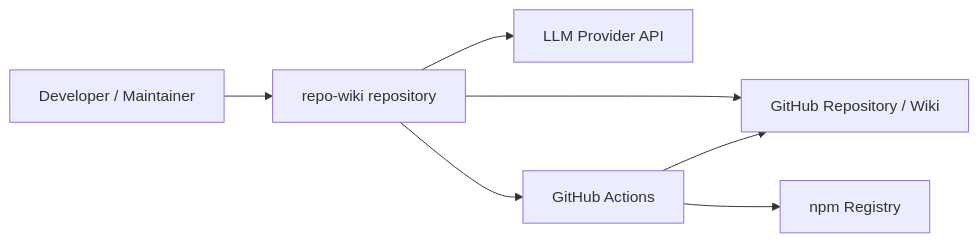
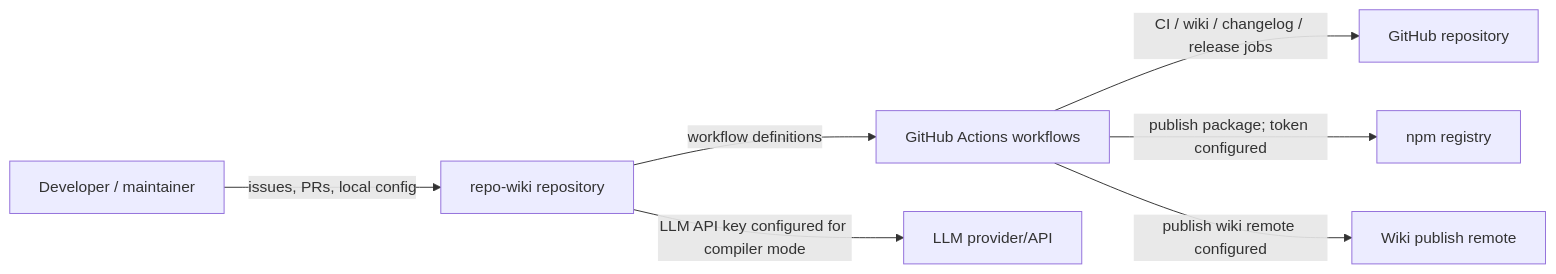
Before and after one commit to mfittko/repo-wiki: the first of 3 diagrams in Architecture.md, drawn with Mermaid. The commit also changed other lines of this file and 46 other files, not shown here.

Commit message:
Compile repository wiki 2026-06-13T09:49:49.146Z

````diff
--- a/Architecture.md
+++ b/Architecture.md
@@ -40,16 +60,17 @@
 ```mermaid
 flowchart LR
-  Developer["Developer / Maintainer"]
+  User["Developer / maintainer"]
+  GitHub["GitHub repository"]
+  Actions["GitHub Actions workflows"]
+  WikiRemote["Wiki publish remote"]
+  Npm["npm registry"]
+  LLM["LLM provider/API"]
   Repo["repo-wiki repository"]
-  GitHub["GitHub Repository / Wiki"]
-  LLM["LLM Provider API"]
-  NPM["npm Registry"]
-  CI["GitHub Actions"]
 
-  Developer --> Repo
-  Repo --> CI
-  CI --> GitHub
-  CI --> NPM
-  Repo --> GitHub
-  Repo --> LLM
+  User -->|issues, PRs, local config| Repo
+  Repo -->|workflow definitions| Actions
+  Actions -->|CI / wiki / changelog / release jobs| GitHub
+  Actions -->|publish package; token configured| Npm
+  Actions -->|publish wiki remote configured| WikiRemote
+  Repo -->|LLM API key configured for compiler mode| LLM
 ```
````
